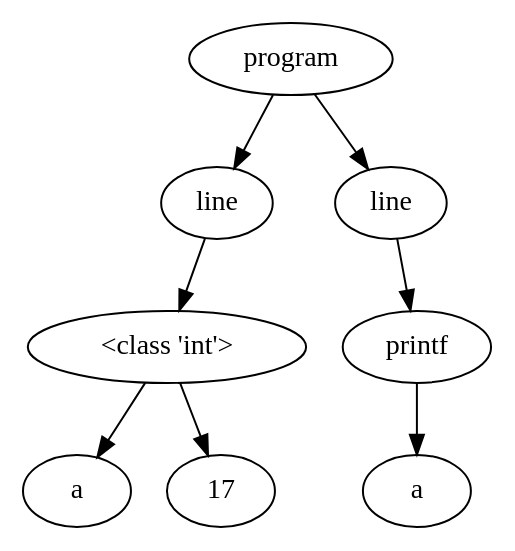
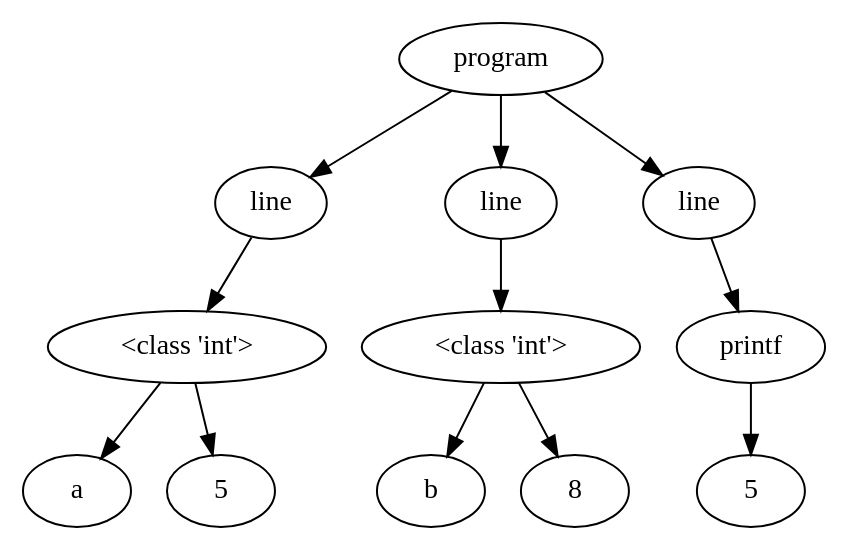
One commit to NielsVandenBroeck/COMP_Compiler changed the diagram in OutputFiles/dotVisualization.dot. Above: the diagram before and after it, drawn with Graphviz. The commit also changed 7 other files, not shown here.

```diff
--- a/OutputFiles/dotVisualization.dot
+++ b/OutputFiles/dotVisualization.dot
@@ -1,21 +1,31 @@
 digraph G { 
-"<AST.AST object at 0x020AB490> (0)"[label="program"]
-"<AST.AST object at 0x020AB4C0> (1)"[label="line"]
-"<AST.AST object at 0x020AB490> (0)"->"<AST.AST object at 0x020AB4C0> (1)"
-"<AST.AST object at 0x020AB4C0> (1)"[label="line"]
-"<AST.ASTDataType object at 0x020AB280> (2)"[label="<class 'int'>"]
-"<AST.AST object at 0x020AB4C0> (1)"->"<AST.ASTDataType object at 0x020AB280> (2)"
-"<AST.ASTDataType object at 0x020AB280> (2)"[label="<class 'int'>"]
-"<AST.ASTVariable object at 0x020AB4A8> (3)"[label="a"]
-"<AST.ASTDataType object at 0x020AB280> (2)"->"<AST.ASTVariable object at 0x020AB4A8> (3)"
-"<AST.ASTOperator object at 0x020AB328> (3)"[label="17"]
-"<AST.ASTDataType object at 0x020AB280> (2)"->"<AST.ASTOperator object at 0x020AB328> (3)"
-"<AST.AST object at 0x020AB370> (1)"[label="line"]
-"<AST.AST object at 0x020AB490> (0)"->"<AST.AST object at 0x020AB370> (1)"
-"<AST.AST object at 0x020AB370> (1)"[label="line"]
-"<AST.ASTPrintf object at 0x020AB028> (2)"[label="printf"]
-"<AST.AST object at 0x020AB370> (1)"->"<AST.ASTPrintf object at 0x020AB028> (2)"
-"<AST.ASTPrintf object at 0x020AB028> (2)"[label="printf"]
-"<AST.ASTVariable object at 0x020AB2B0> (3)"[label="a"]
-"<AST.ASTPrintf object at 0x020AB028> (2)"->"<AST.ASTVariable object at 0x020AB2B0> (3)"
+"<AST.AST object at 0x01C0C0E8> (0)"[label="program"]
+"<AST.AST object at 0x01C0C070> (1)"[label="line"]
+"<AST.AST object at 0x01C0C0E8> (0)"->"<AST.AST object at 0x01C0C070> (1)"
+"<AST.AST object at 0x01C0C070> (1)"[label="line"]
+"<AST.ASTDataType object at 0x01C0C4A8> (2)"[label="<class 'int'>"]
+"<AST.AST object at 0x01C0C070> (1)"->"<AST.ASTDataType object at 0x01C0C4A8> (2)"
+"<AST.ASTDataType object at 0x01C0C4A8> (2)"[label="<class 'int'>"]
+"<AST.ASTVariable object at 0x01C0C2F8> (3)"[label="a"]
+"<AST.ASTDataType object at 0x01C0C4A8> (2)"->"<AST.ASTVariable object at 0x01C0C2F8> (3)"
+"<AST.AST object at 0x01C0C448> (3)"[label="5"]
+"<AST.ASTDataType object at 0x01C0C4A8> (2)"->"<AST.AST object at 0x01C0C448> (3)"
+"<AST.AST object at 0x01C0C208> (1)"[label="line"]
+"<AST.AST object at 0x01C0C0E8> (0)"->"<AST.AST object at 0x01C0C208> (1)"
+"<AST.AST object at 0x01C0C208> (1)"[label="line"]
+"<AST.ASTDataType object at 0x01C0C538> (2)"[label="<class 'int'>"]
+"<AST.AST object at 0x01C0C208> (1)"->"<AST.ASTDataType object at 0x01C0C538> (2)"
+"<AST.ASTDataType object at 0x01C0C538> (2)"[label="<class 'int'>"]
+"<AST.ASTVariable object at 0x01C0C4D8> (3)"[label="b"]
+"<AST.ASTDataType object at 0x01C0C538> (2)"->"<AST.ASTVariable object at 0x01C0C4D8> (3)"
+"<AST.ASTOperator object at 0x01C0C598> (3)"[label="8"]
+"<AST.ASTDataType object at 0x01C0C538> (2)"->"<AST.ASTOperator object at 0x01C0C598> (3)"
+"<AST.AST object at 0x01C0C4F0> (1)"[label="line"]
+"<AST.AST object at 0x01C0C0E8> (0)"->"<AST.AST object at 0x01C0C4F0> (1)"
+"<AST.AST object at 0x01C0C4F0> (1)"[label="line"]
+"<AST.ASTPrintf object at 0x01C0C3A0> (2)"[label="printf"]
+"<AST.AST object at 0x01C0C4F0> (1)"->"<AST.ASTPrintf object at 0x01C0C3A0> (2)"
+"<AST.ASTPrintf object at 0x01C0C3A0> (2)"[label="printf"]
+"<AST.ASTVariable object at 0x01C0C250> (3)"[label="5"]
+"<AST.ASTPrintf object at 0x01C0C3A0> (2)"->"<AST.ASTVariable object at 0x01C0C250> (3)"
 }
```
